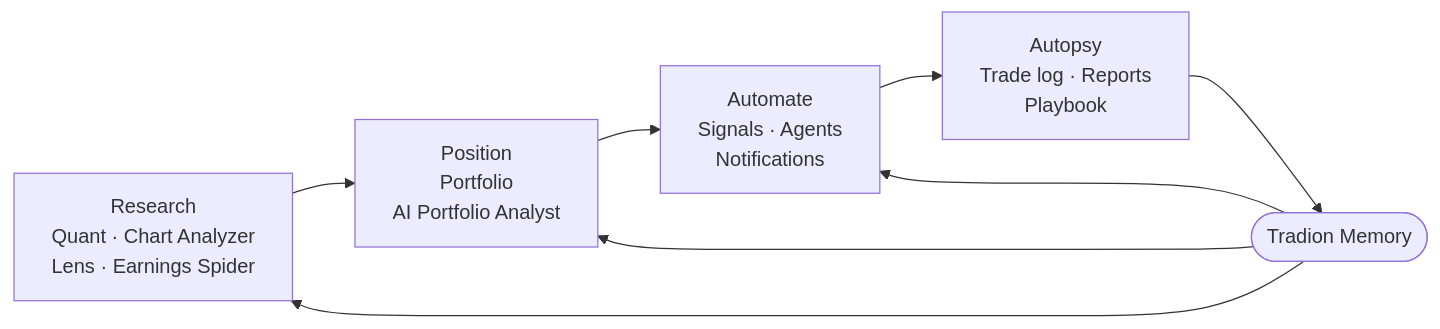
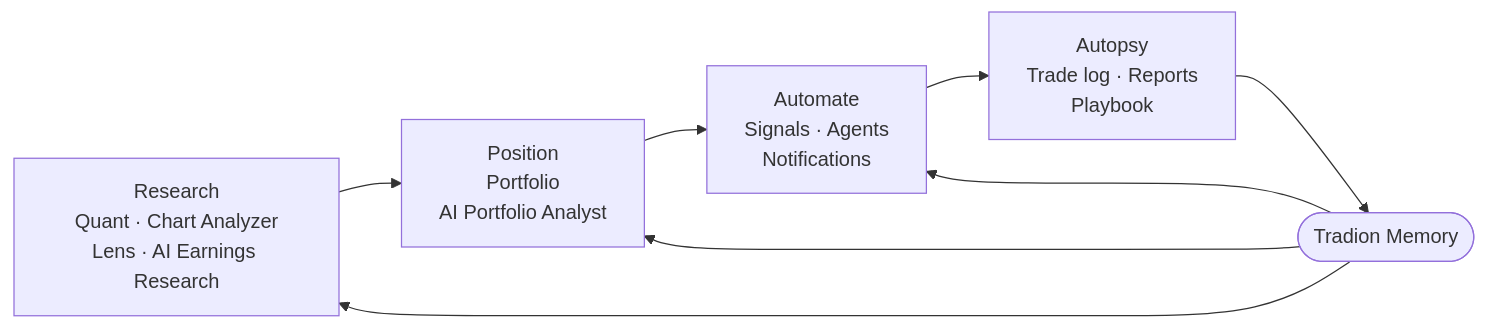
One commit to ishraq21/tradion-doc-site changed the diagram in concepts/the-loop.mdx. Above: the diagram before and after it, drawn with Mermaid. The commit also changed other lines of this file and 42 other files, not shown here.

First line of the commit message:
[docs] Replace Earnings Spider with AI Earnings Research, add the earnings message meter, and name no data providers

````diff
--- a/concepts/the-loop.mdx
+++ b/concepts/the-loop.mdx
@@ -9,10 +9,10 @@
 ```mermaid
 flowchart LR
-    A["Research<br/>Quant · Chart Analyzer<br/>Lens · Earnings Spider"] --> B["Position<br/>Portfolio<br/>AI Portfolio Analyst"]
+    A["Research<br/>Quant · Chart Analyzer<br/>Lens · AI Earnings Research"] --> B["Position<br/>Portfolio<br/>AI Portfolio Analyst"]
     B --> C["Automate<br/>Signals · Agents<br/>Notifications"]
     C --> D["Autopsy<br/>Trade log · Reports<br/>Playbook"]
     D --> E(["Tradion Memory"])
     E --> A
     E --> B
     E --> C
 ```
````
